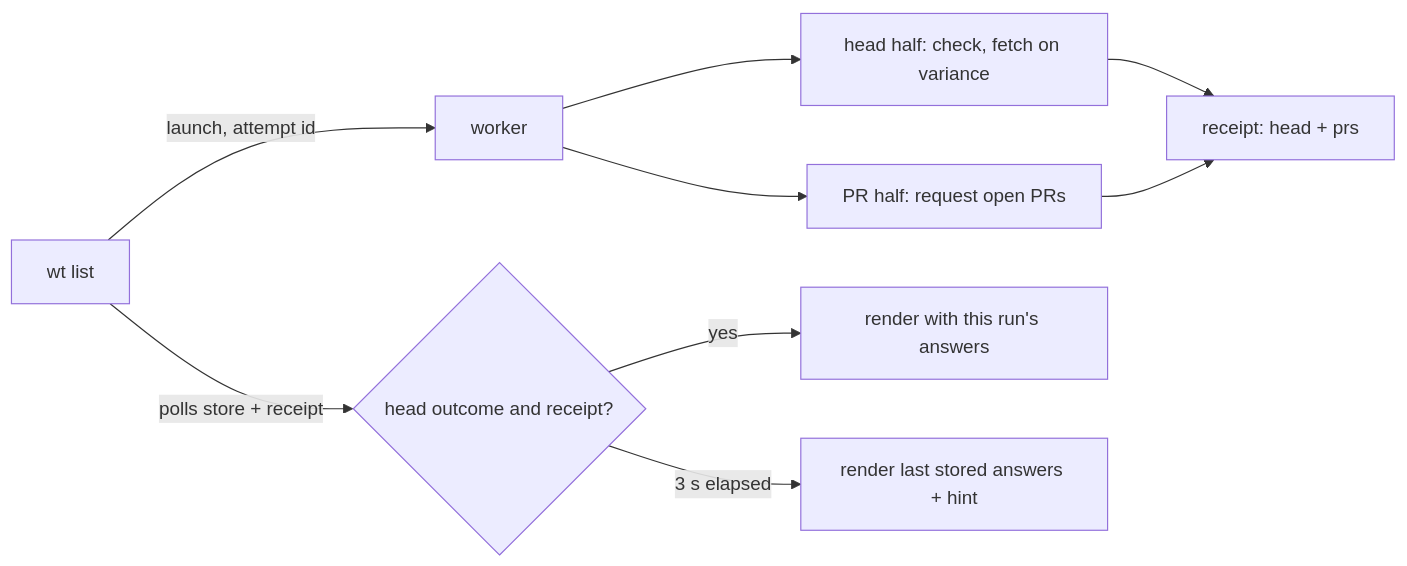
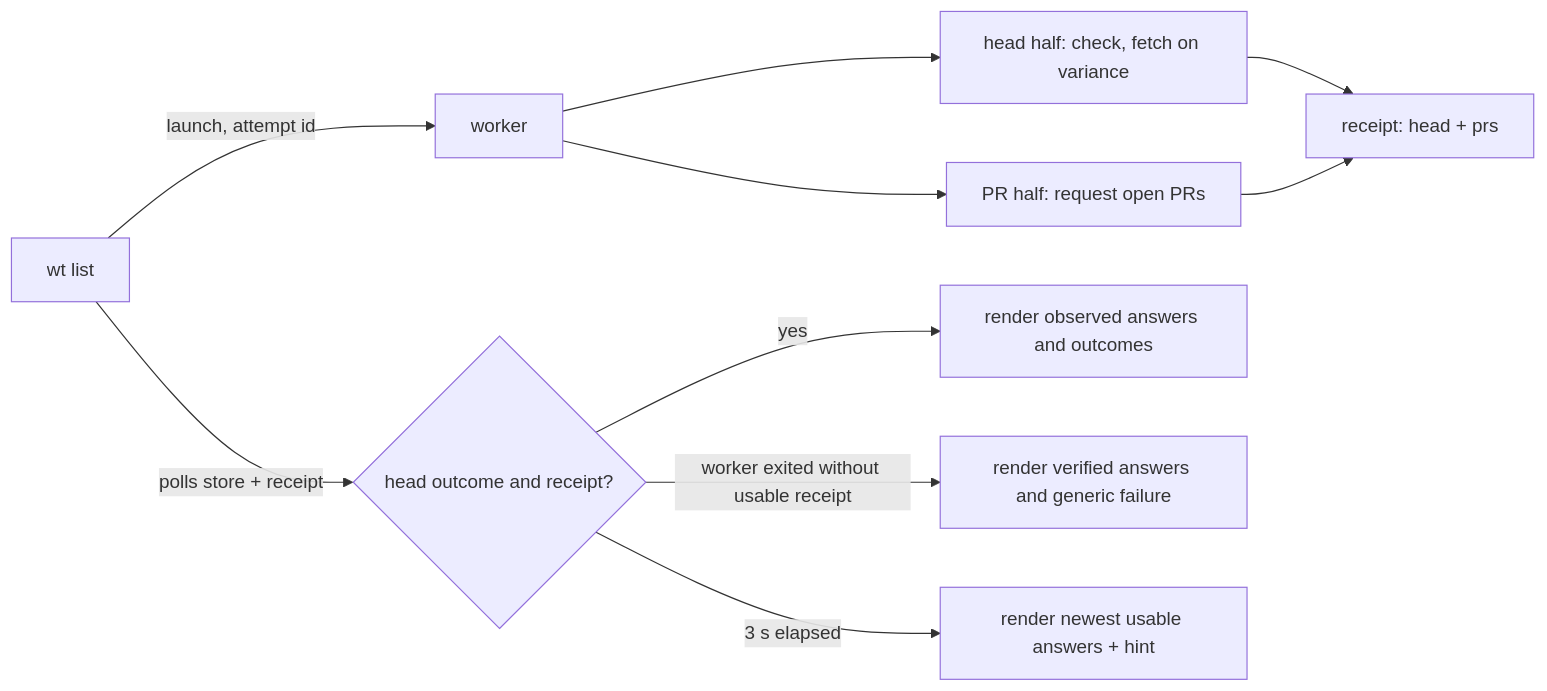
The diagram in worktree/features/2026-10-02-fresh-prs/spec.md (yankeeinlondon/rusty-biscuit), drawn with Mermaid before and after one commit. The commit also changed other lines of this file and 2 other files, not shown here.

````diff
--- a/worktree/features/2026-10-02-fresh-prs/spec.md
+++ b/worktree/features/2026-10-02-fresh-prs/spec.md
@@ -80,11 +118,12 @@
 ```mermaid
 flowchart LR
     L[wt list] -->|launch, attempt id| W[worker]
     W --> H[head half: check, fetch on variance]
     W --> P[PR half: request open PRs]
     H --> R[receipt: head + prs]
     P --> R
     L -->|polls store + receipt| D{head outcome and receipt?}
-    D -->|yes| S[render with this run's answers]
-    D -->|3 s elapsed| T[render last stored answers + hint]
+    D -->|yes| S[render observed answers and outcomes]
+    D -->|worker exited without usable receipt| F[render verified answers and generic failure]
+    D -->|3 s elapsed| T[render newest usable answers + hint]
 ```
````
